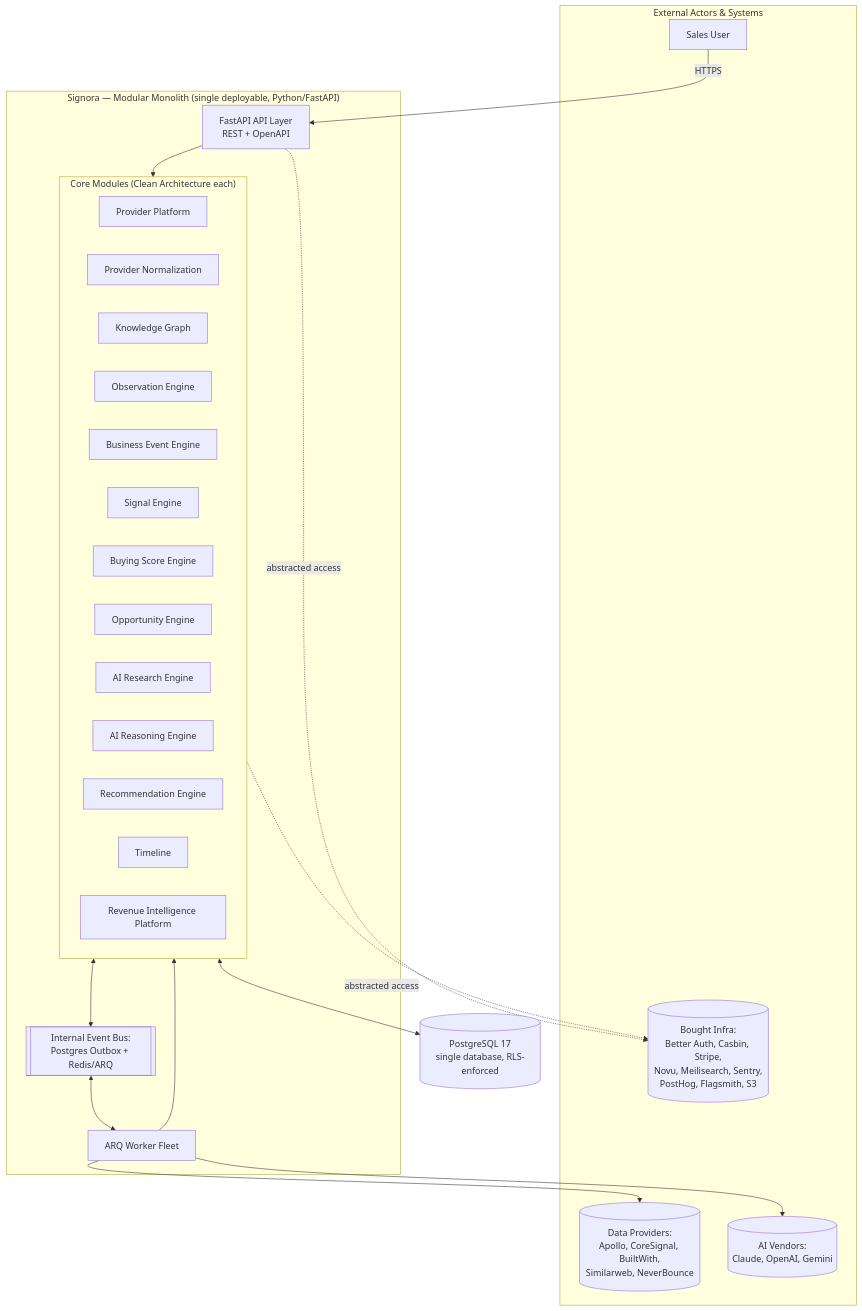
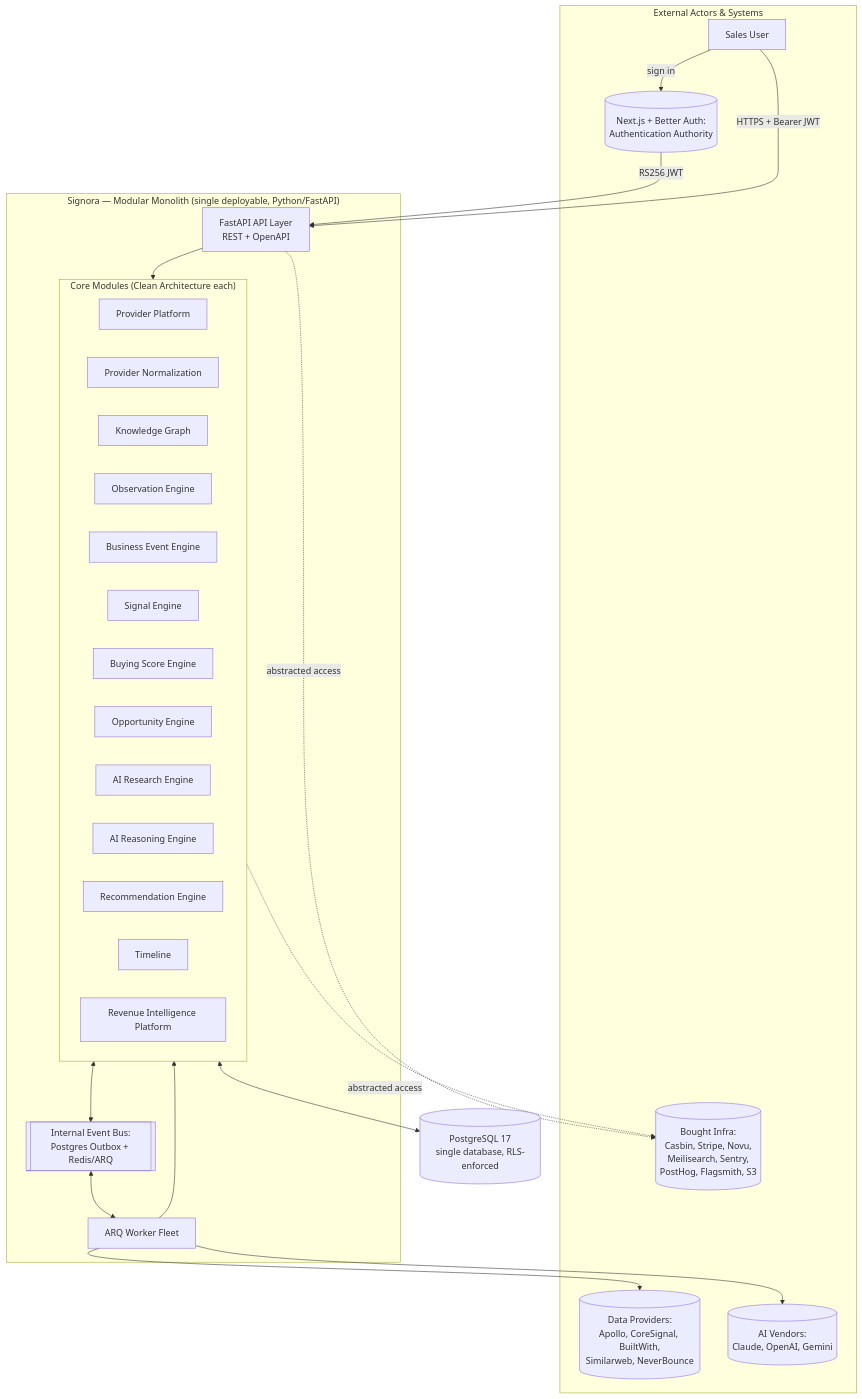
Before and after one commit to GaneshDabhade/Fortune_Signora: the first of 3 diagrams in docs/architecture/03-system-architecture.md, drawn with Mermaid. The commit also changed other lines of this file and 12 other files, not shown here.

````diff
--- a/docs/architecture/03-system-architecture.md
+++ b/docs/architecture/03-system-architecture.md
@@ -20,44 +20,47 @@
 ```mermaid
 flowchart TB
     subgraph External["External Actors & Systems"]
         SalesUser[Sales User]
         Providers[(Data Providers:<br/>Apollo, CoreSignal, BuiltWith,<br/>Similarweb, NeverBounce)]
         AIVendors[(AI Vendors:<br/>Claude, OpenAI, Gemini)]
-        BoughtInfra[(Bought Infra:<br/>Better Auth, Casbin, Stripe,<br/>Novu, Meilisearch, Sentry,<br/>PostHog, Flagsmith, S3)]
+        BoughtInfra[(Bought Infra:<br/>Casbin, Stripe, Novu,<br/>Meilisearch, Sentry,<br/>PostHog, Flagsmith, S3)]
+        NextAuth[(Next.js + Better Auth:<br/>Authentication Authority)]
     end
 
     subgraph Signora["Signora — Modular Monolith (single deployable, Python/FastAPI)"]
         API[FastAPI API Layer<br/>REST + OpenAPI]
         subgraph Core["Core Modules (Clean Architecture each)"]
             direction LR
             PP[Provider Platform]
             PN[Provider Normalization]
             KG[Knowledge Graph]
             OE[Observation Engine]
             BEE[Business Event Engine]
             SE[Signal Engine]
             BSE[Buying Score Engine]
             OP[Opportunity Engine]
             ARE[AI Research Engine]
             AIR[AI Reasoning Engine]
             RE[Recommendation Engine]
             TL[Timeline]
             RI[Revenue Intelligence Platform]
         end
         Bus[[Internal Event Bus:<br/>Postgres Outbox + Redis/ARQ]]
         Workers[ARQ Worker Fleet]
     end
 
     DB[(PostgreSQL 17<br/>single database, RLS-enforced)]
 
-    SalesUser -->|HTTPS| API
+    SalesUser -->|sign in| NextAuth
+    NextAuth -->|RS256 JWT| API
+    SalesUser -->|HTTPS + Bearer JWT| API
     API --> Core
     Core <--> Bus
     Bus <--> Workers
     Workers --> Core
     Core <--> DB
     Workers --> Providers
     Workers --> AIVendors
     Core -.->|abstracted access| BoughtInfra
     API -.->|abstracted access| BoughtInfra
 ```
````
